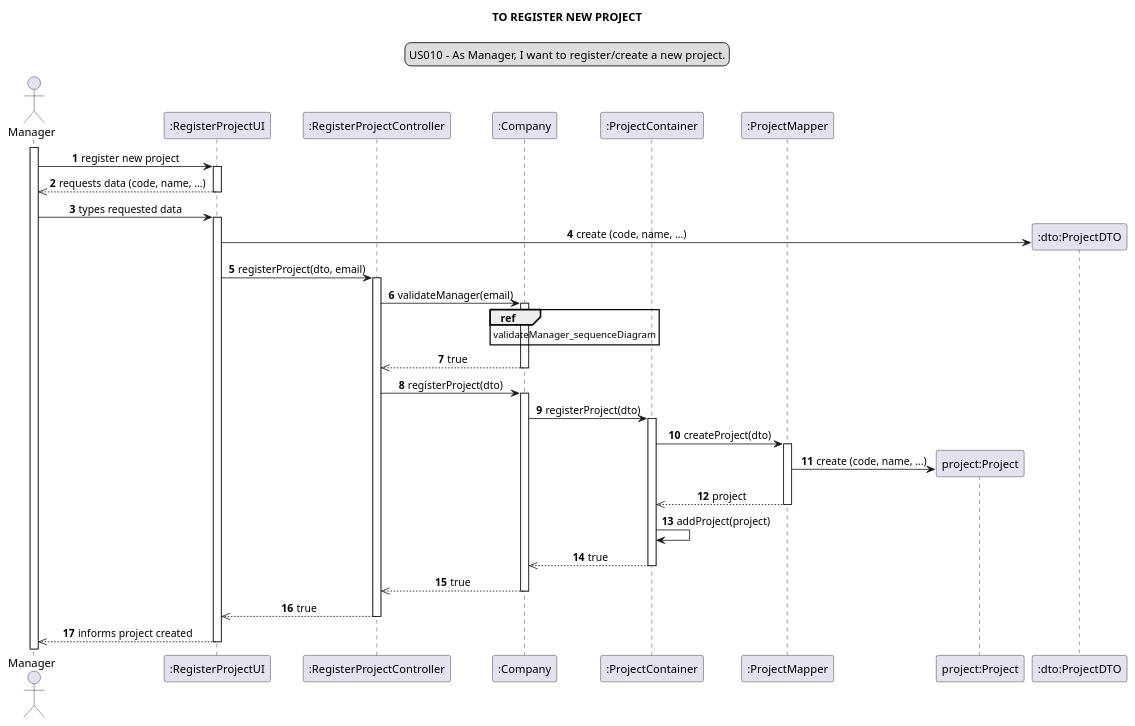
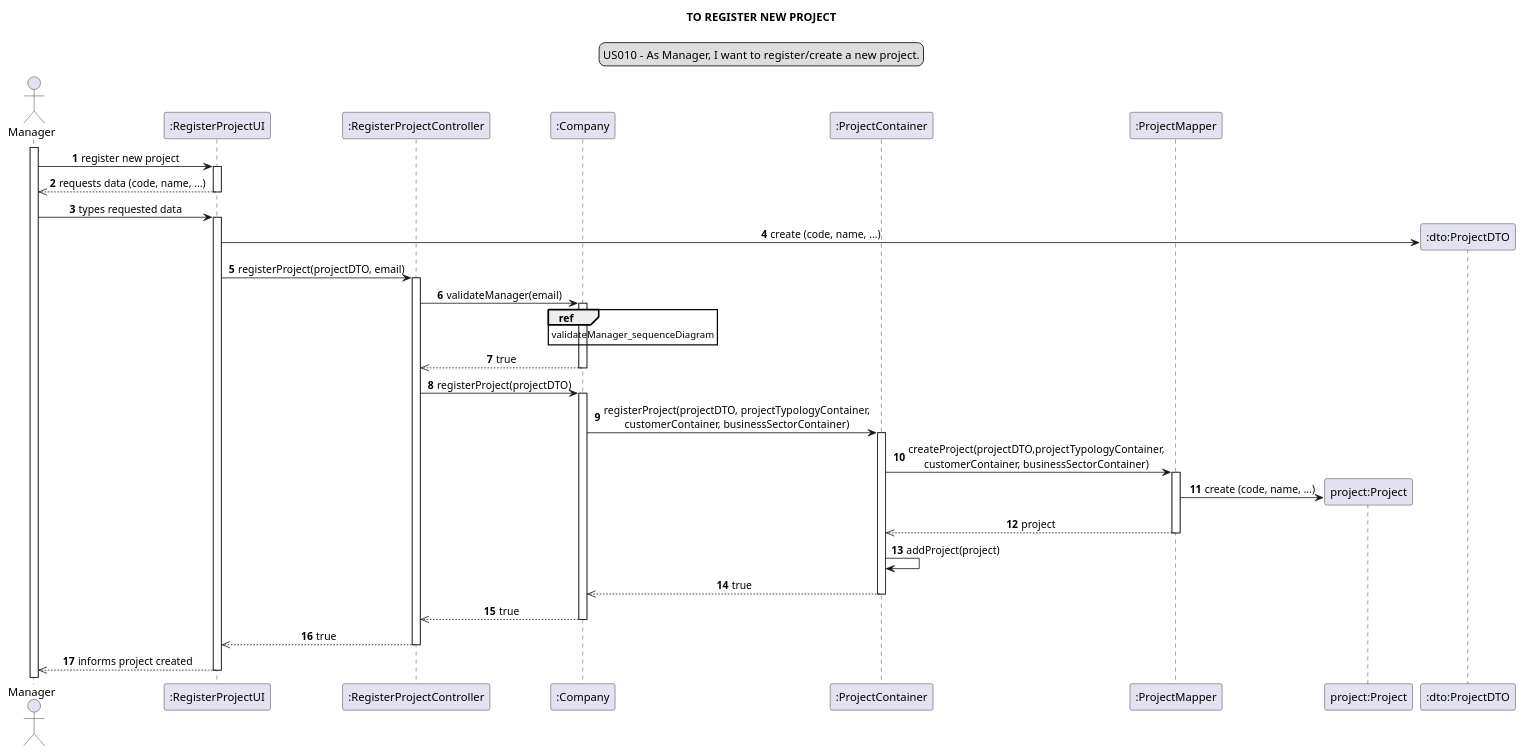
One commit to Loracline/project_switch_22-23 changed the diagram in docs/modelling_design/user_stories/sprint02/us010/US010_sequenceDiagram.puml. Above: the diagram before and after it, drawn with PlantUML. The commit also changed 18 other files, not shown here.

```diff
--- a/docs/modelling_design/user_stories/sprint02/us010/US010_sequenceDiagram.puml
+++ b/docs/modelling_design/user_stories/sprint02/us010/US010_sequenceDiagram.puml
@@ -1,56 +1,56 @@
 @startuml
 
 skinparam sequenceMessageAlign center
 title TO REGISTER NEW PROJECT
 legend top
 US010 - As Manager, I want to register/create a new project.
 end legend
 autonumber
 
 actor Manager as mg
 participant ":RegisterProjectUI" as ui
 participant ":RegisterProjectController" as controller
 participant ":Company" as comp
 participant ":ProjectContainer" as PC
 participant ":ProjectMapper" as mapper
 participant "project:Project" as project
 participant ":dto:ProjectDTO" as dto
 
 activate mg
 mg ->ui : register new project
 activate ui
 ui -->> mg: requests data (code, name, ...)
 deactivate ui
 mg -> ui: types requested data
 activate ui
 create dto
 ui -> dto: create (code, name, ...)
-ui -> controller: registerProject(dto, email)
+ui -> controller: registerProject(projectDTO, email)
 activate controller
 
 controller -> comp: validateManager(email)
 ref over comp: validateManager_sequenceDiagram
 activate comp
 comp -->> controller: true
 deactivate comp
-controller -> comp: registerProject(dto)
+controller -> comp: registerProject(projectDTO)
 activate comp
-comp -> PC : registerProject(dto)
+comp -> PC : registerProject(projectDTO, projectTypologyContainer,\ncustomerContainer, businessSectorContainer)
 activate PC
-PC -> mapper: createProject(dto)
+PC -> mapper: createProject(projectDTO,projectTypologyContainer,\ncustomerContainer, businessSectorContainer)
 activate mapper
 create project
 mapper -> project : create (code, name, ...)
 mapper -->> PC: project
 deactivate mapper
 PC -> PC : addProject(project)
 PC -->> comp : true
 deactivate PC
 comp -->>controller: true
 deactivate comp
 controller -->> ui : true
 deactivate controller
 ui -->> mg :  informs project created
 deactivate ui
 
 @enduml
```
